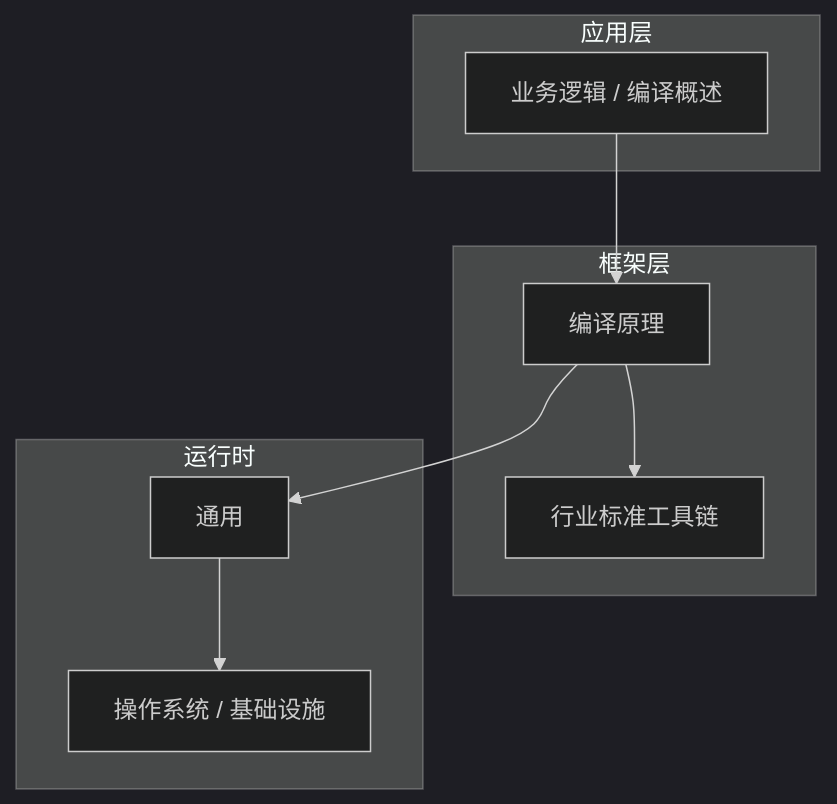
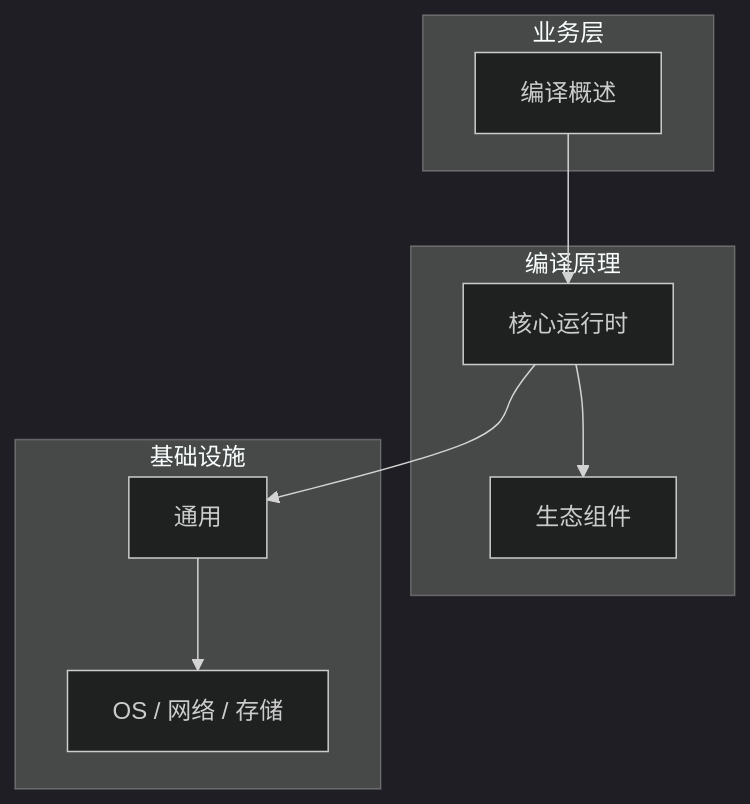
Before and after one commit to yanggan2015/knowledge-json-v2: the diagram in articles/编译原理/chapters/001-编译概述核心概念与原理.md, drawn with Mermaid (dark theme). The commit also changed other lines of this file and 10127 other files, not shown here.

````diff
--- a/articles/编译原理/chapters/001-编译概述核心概念与原理.md
+++ b/articles/编译原理/chapters/001-编译概述核心概念与原理.md
@@ -45,18 +34,18 @@
 ```mermaid
 graph TB
-    subgraph 应用层
-        A[业务逻辑 / 编译概述]
+    subgraph 业务层
+        A[编译概述]
     end
-    subgraph 框架层
-        B[编译原理]
-        C[行业标准工具链]
+    subgraph 编译原理
+        B[核心运行时]
+        C[生态组件]
     end
-    subgraph 运行时
+    subgraph 基础设施
         D[通用]
-        E[操作系统 / 基础设施]
+        E[OS / 网络 / 存储]
     end
     A --> B
     B --> C
     B --> D
     D --> E
 ```
````
